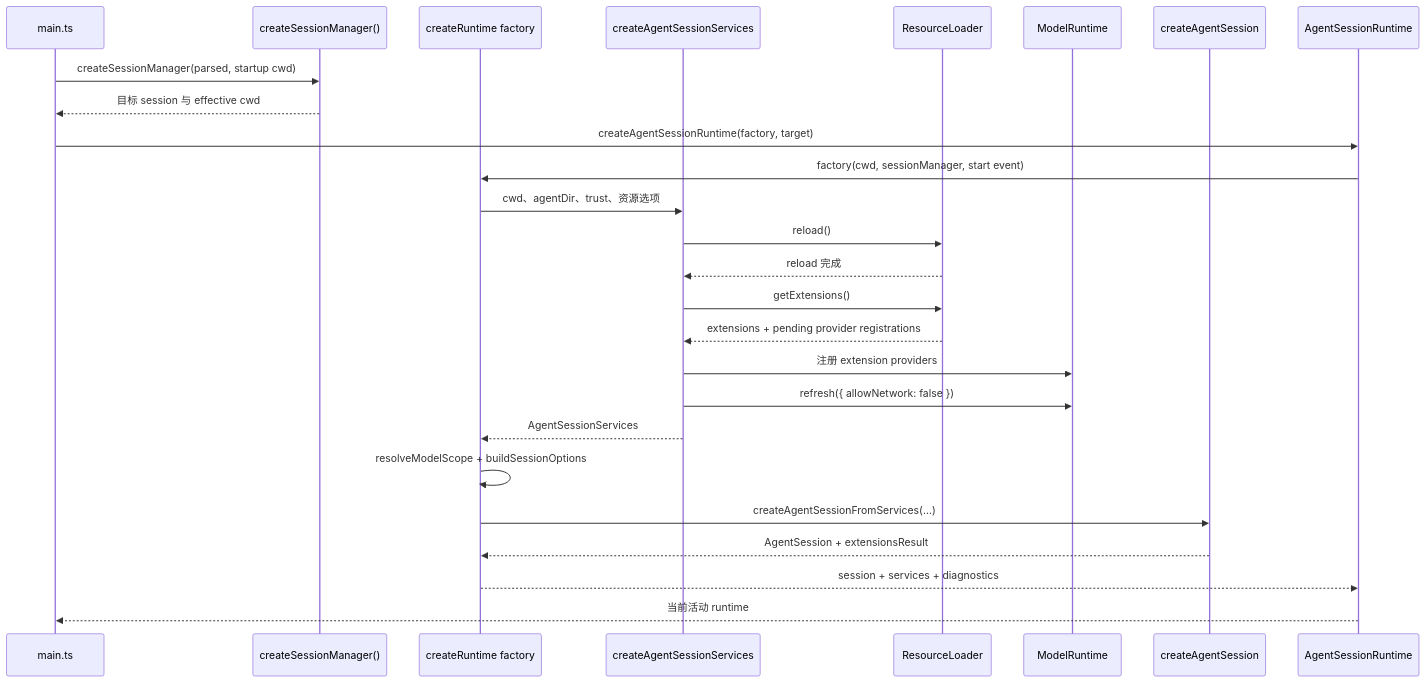
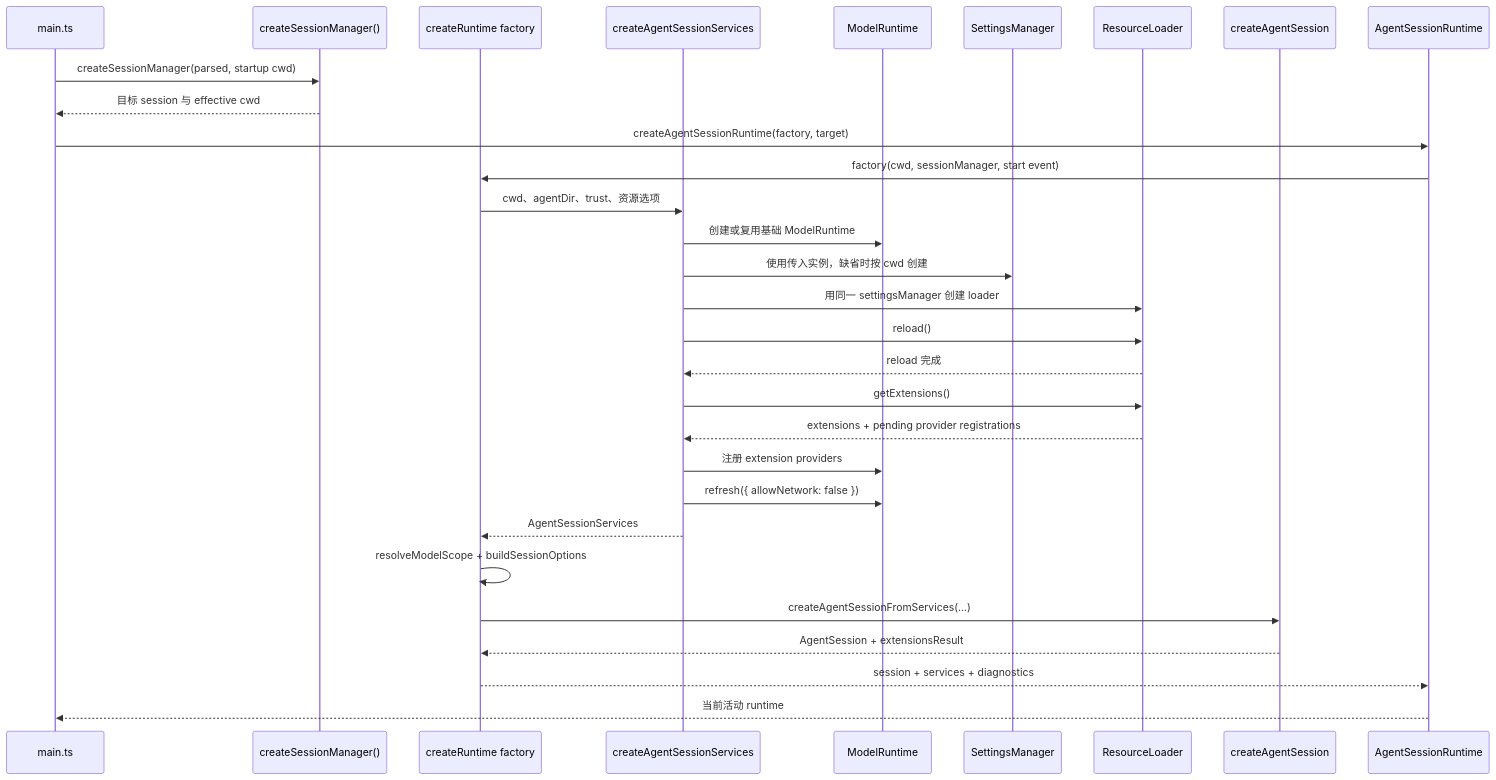
One commit to tcy1999/pi changed the diagram in architecture-analysis/call-flows/runtime-bootstrap.md. Above: the diagram before and after it, drawn with Mermaid. The commit also changed other lines of this file and 28 other files, not shown here.

````diff
--- a/architecture-analysis/call-flows/runtime-bootstrap.md
+++ b/architecture-analysis/call-flows/runtime-bootstrap.md
@@ -9,29 +9,33 @@
 ```mermaid
 sequenceDiagram
   participant MAIN as main.ts
   participant SM as createSessionManager()
   participant F as createRuntime factory
   participant SVC as createAgentSessionServices
+  participant MODEL as ModelRuntime
+  participant SET as SettingsManager
   participant RES as ResourceLoader
-  participant MODEL as ModelRuntime
   participant SDK as createAgentSession
   participant RT as AgentSessionRuntime
 
   MAIN->>SM: createSessionManager(parsed, startup cwd)
   SM-->>MAIN: 目标 session 与 effective cwd
   MAIN->>RT: createAgentSessionRuntime(factory, target)
   RT->>F: factory(cwd, sessionManager, start event)
   F->>SVC: cwd、agentDir、trust、资源选项
+  SVC->>MODEL: 创建或复用基础 ModelRuntime
+  SVC->>SET: 使用传入实例，缺省时按 cwd 创建
+  SVC->>RES: 用同一 settingsManager 创建 loader
   SVC->>RES: reload()
   RES-->>SVC: reload 完成
   SVC->>RES: getExtensions()
   RES-->>SVC: extensions + pending provider registrations
   SVC->>MODEL: 注册 extension providers
   SVC->>MODEL: refresh({ allowNetwork: false })
   SVC-->>F: AgentSessionServices
   F->>F: resolveModelScope + buildSessionOptions
   F->>SDK: createAgentSessionFromServices(...)
   SDK-->>F: AgentSession + extensionsResult
   F-->>RT: session + services + diagnostics
   RT-->>MAIN: 当前活动 runtime
 ```
````
